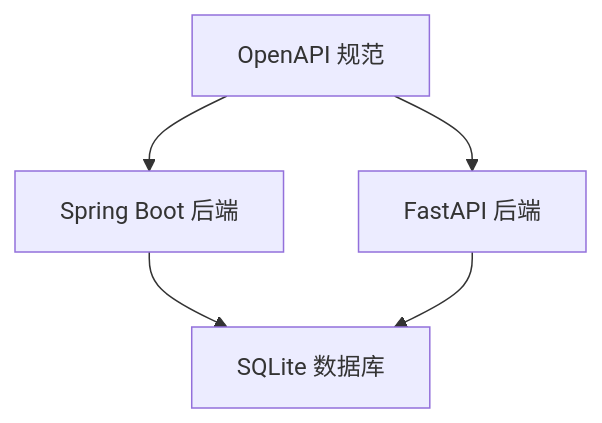
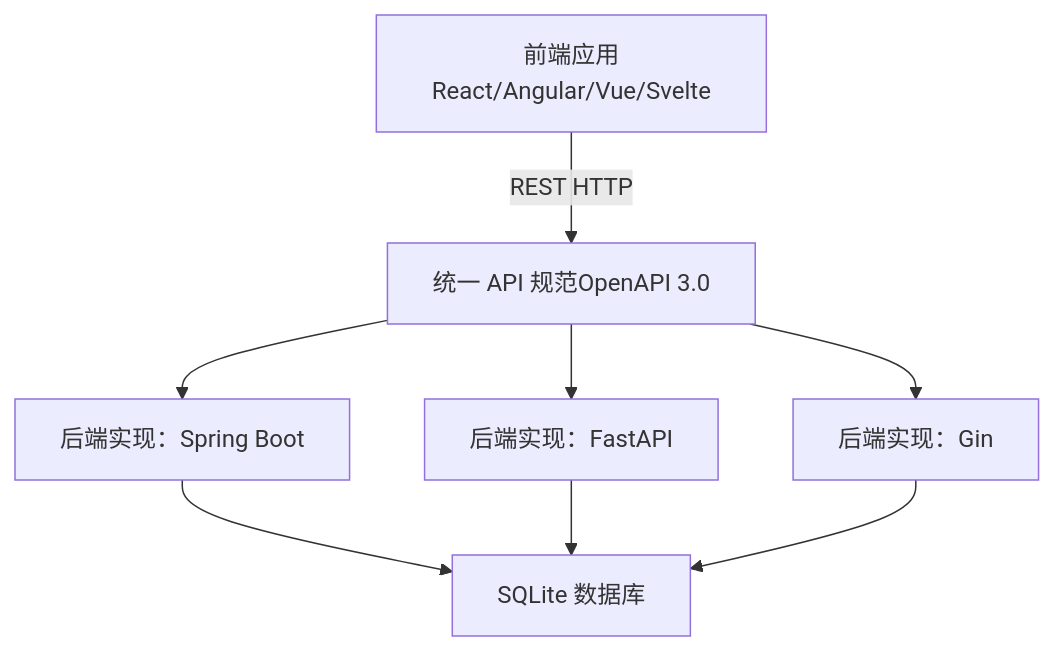
The second of 3 diagrams in .qoder/repowiki/zh/content/架构设计/架构设计.md (alexy2008/TimeCapsule), drawn with Mermaid before and after one commit. The commit also changed other lines of this file and 247 other files, not shown here.

````diff
--- a/.qoder/repowiki/zh/content/架构设计/架构设计.md
+++ b/.qoder/repowiki/zh/content/架构设计/架构设计.md
@@ -234,11 +117,16 @@
 ```mermaid
 graph TB
-SB["Spring Boot 后端"]
-FA["FastAPI 后端"]
-OAS["OpenAPI 规范"]
+FE["前端应用React/Angular/Vue/Svelte"]
+API["统一 API 规范OpenAPI 3.0"]
+BE1["后端实现：Spring Boot"]
+BE2["后端实现：FastAPI"]
+BE3["后端实现：Gin"]
 DB["SQLite 数据库"]
-OAS --> SB
-OAS --> FA
-SB --> DB
-FA --> DB
+FE --> |"REST HTTP"| API
+API --> BE1
+API --> BE2
+API --> BE3
+BE1 --> DB
+BE2 --> DB
+BE3 --> DB
 ```
````
